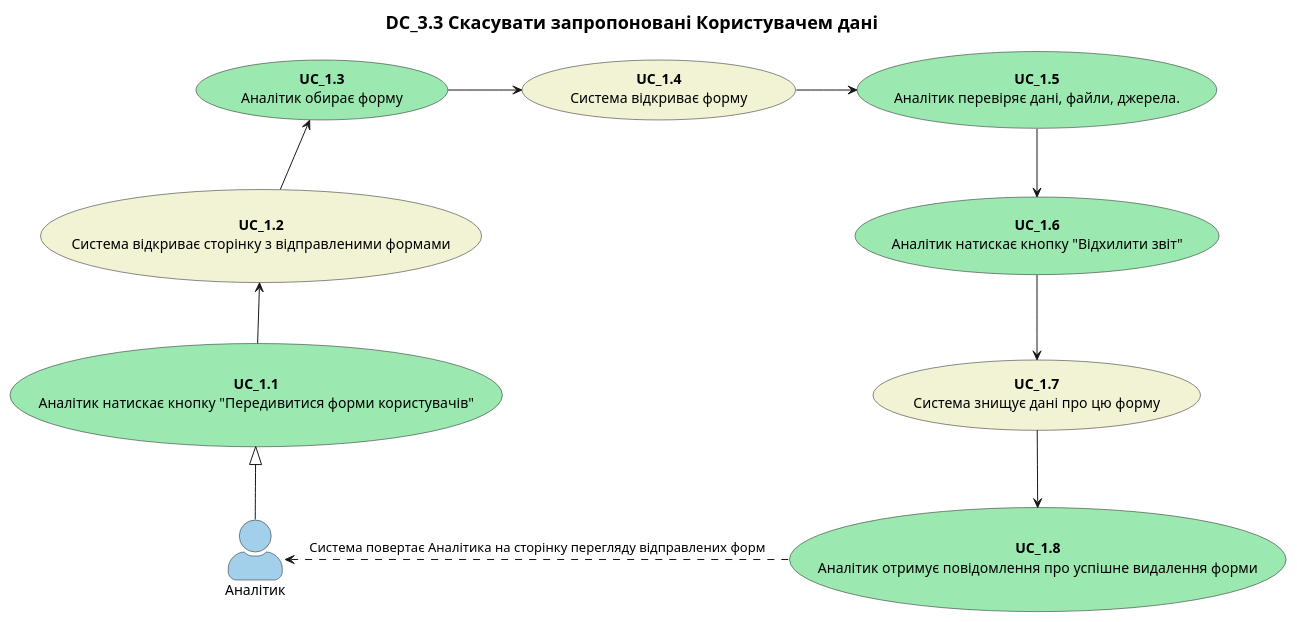
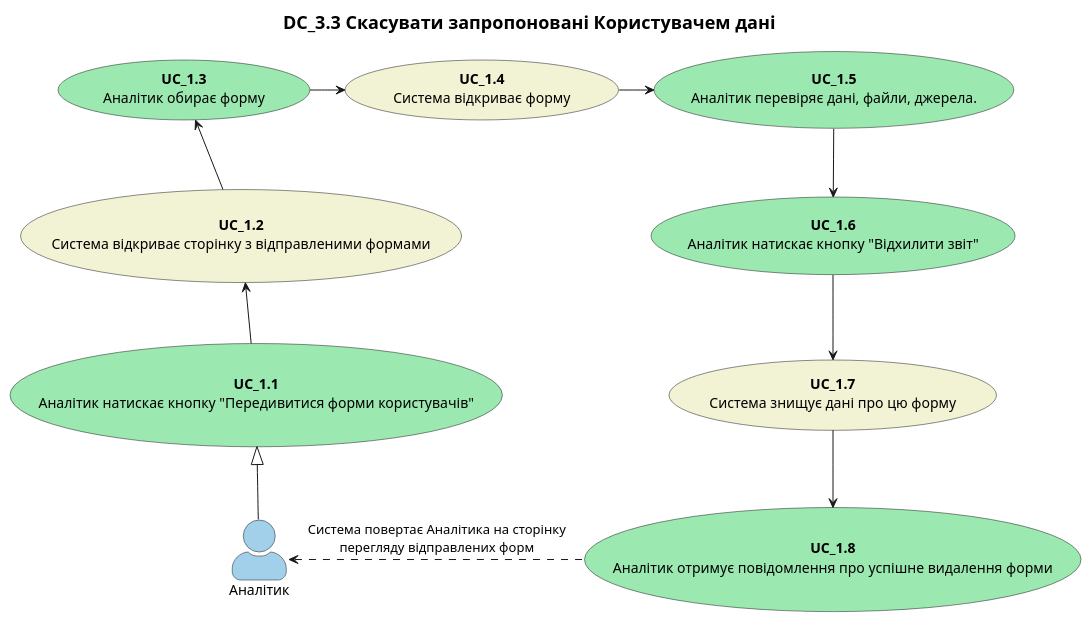
One commit to boldak/edu-db-cw changed diagram 11 of 11 in docs/use cases/README.md. Above: the diagram before and after it, drawn with PlantUML. The commit also changed other lines of this file, not shown here.

```diff
--- a/docs/use cases/README.md
+++ b/docs/use cases/README.md
@@ -469,30 +468,30 @@
 @startuml
 
     title
         <font size=18 color=black>DC_3.3 Скасувати запропоновані Користувачем дані    
     end title
 
     skinparam actorStyle awesome
 
     actor "Аналітик" as User #a2d0eb
 
     usecase "<b>UC_1.1</b>\nАналітик натискає кнопку "Передивитися форми користувачів"" as S1 #9be8b0
     usecase "<b>UC_1.2</b>\nСистема відкриває сторінку з відправленими формами" as S2 #f2f2d5
     usecase "<b>UC_1.3</b>\nАналітик обирає форму" as S3 #9be8b0
     usecase "<b>UC_1.4</b>\nСистема відкриває форму" as S4 #f2f2d5
     usecase "<b>UC_1.5</b>\nАналітик перевіряє дані, файли, джерела." as S5 #9be8b0
     usecase "<b>UC_1.6</b>\nАналітик натискає кнопку "Відхилити звіт"" as S6 #9be8b0
     usecase "<b>UC_1.7</b>\nСистема знищує дані про цю форму" as S7 #f2f2d5
     usecase "<b>UC_1.8</b>\nАналітик отримує повідомлення про успішне видалення форми" as S8 #9be8b0
 
     User -up-|> S1
     S1 -up-> S2
     S2 -up-> S3
     S3 -right-> S4
     S4 -right-> S5
     S5 -down-> S6
     S6 -down-> S7
     S7 -down-> S8
-    S8 -left.> User: Система повертає Аналітика на сторінку перегляду відправлених форм
+    S8 -left.> User: Система повертає Аналітика на сторінку\nперегляду відправлених форм
 
 @enduml
```
